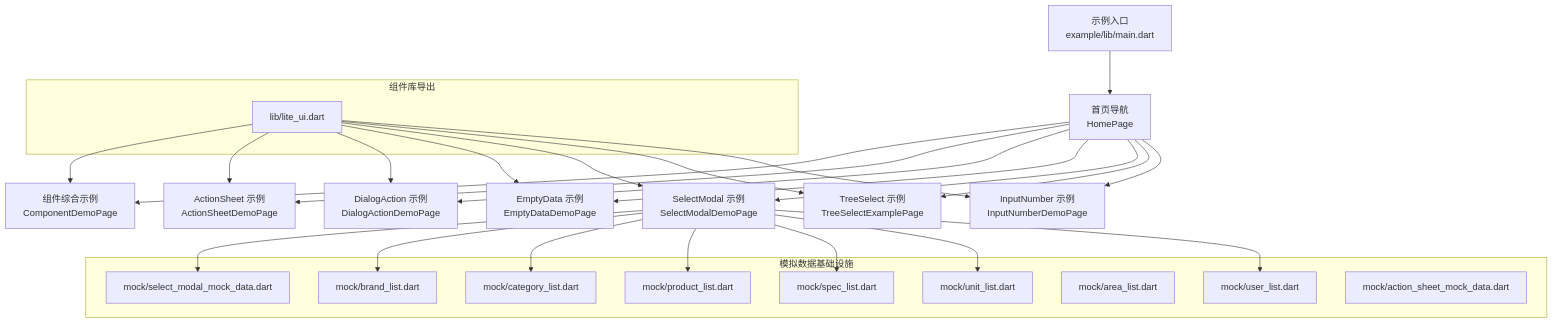
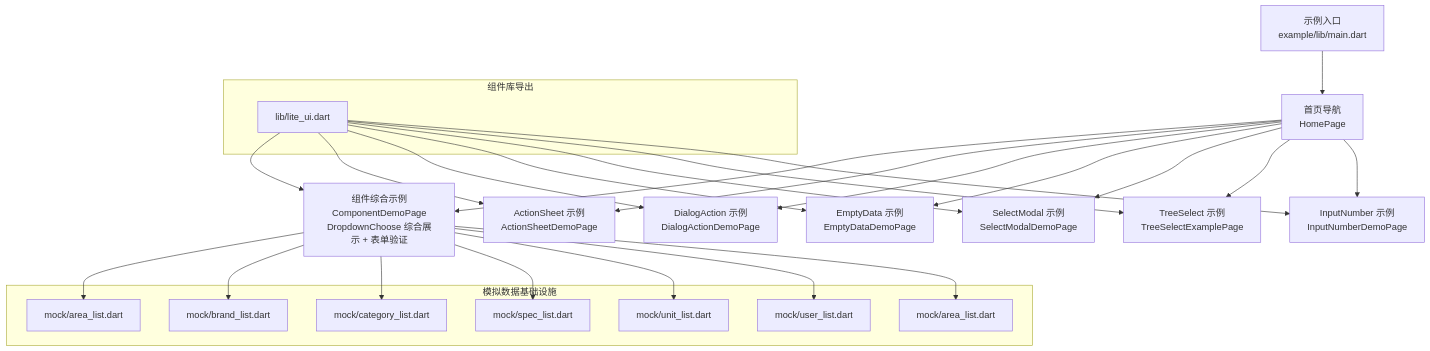
Before and after one commit to yuzhido/lite-ui: the first of 10 diagrams in .qoder/repowiki/zh/content/示例演示.md, drawn with Mermaid. The commit also changed other lines of this file and 44 other files, not shown here.

````diff
--- a/.qoder/repowiki/zh/content/示例演示.md
+++ b/.qoder/repowiki/zh/content/示例演示.md
@@ -59,39 +63,37 @@
 ```mermaid
 graph TB
 A["示例入口<br/>example/lib/main.dart"] --> B["首页导航<br/>HomePage"]
-B --> C["组件综合示例<br/>ComponentDemoPage"]
+B --> C["组件综合示例<br/>ComponentDemoPage<br/>DropdownChoose 综合展示 + 表单验证"]
 B --> D["ActionSheet 示例<br/>ActionSheetDemoPage"]
 B --> E["DialogAction 示例<br/>DialogActionDemoPage"]
 B --> F["EmptyData 示例<br/>EmptyDataDemoPage"]
 B --> G["SelectModal 示例<br/>SelectModalDemoPage"]
 B --> H["TreeSelect 示例<br/>TreeSelectExamplePage"]
 B --> I["InputNumber 示例<br/>InputNumberDemoPage"]
 subgraph "组件库导出"
 L["lib/lite_ui.dart"]
 end
 subgraph "模拟数据基础设施"
-M["mock/brand_list.dart"]
-N["mock/category_list.dart"]
-O["mock/product_list.dart"]
+M["mock/area_list.dart"]
+N["mock/brand_list.dart"]
+O["mock/category_list.dart"]
 P["mock/spec_list.dart"]
 Q["mock/unit_list.dart"]
 R["mock/user_list.dart"]
 S["mock/area_list.dart"]
-T["mock/select_modal_mock_data.dart"]
-U["mock/action_sheet_mock_data.dart"]
 end
 L --> C
 L --> D
 L --> E
 L --> F
 L --> G
 L --> H
 L --> I
-G --> T
-G --> M
-G --> N
-G --> O
-G --> P
-G --> Q
-G --> R
+C --> M
+C --> N
+C --> O
+C --> P
+C --> Q
+C --> R
+C --> S
 ```
````
